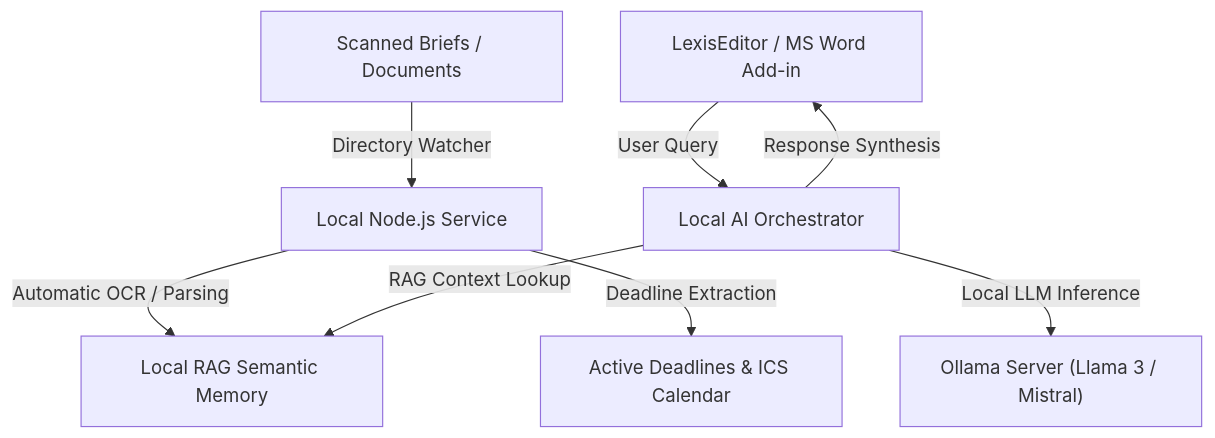
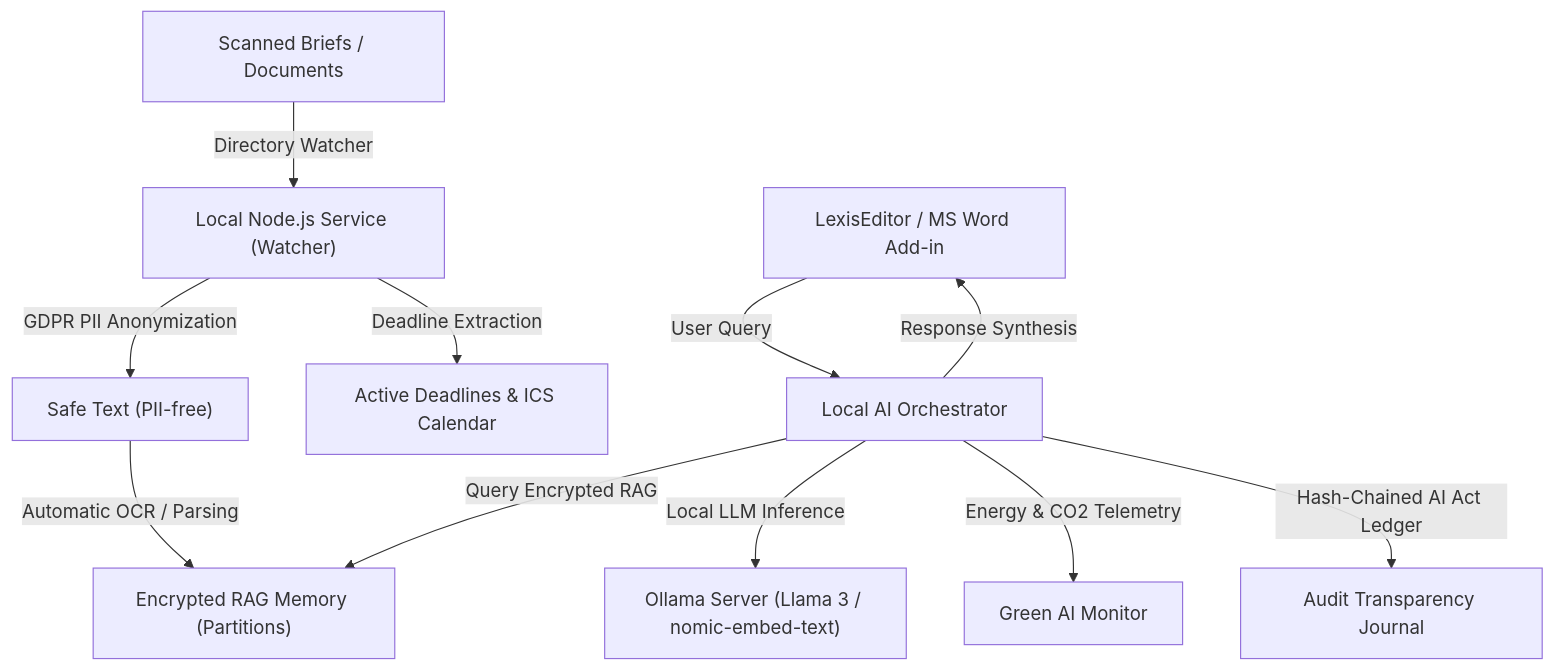
One commit to Zdenekdi/LexisLocal changed the second of 2 diagrams in README.md. Above: the diagram before and after it, drawn with Mermaid. The commit also changed other lines of this file, not shown here.

Commit message:
docs: rewrite README.md with detailed architecture, secure storage, and compliance features

````diff
--- a/README.md
+++ b/README.md
@@ -99,10 +137,13 @@
 ```mermaid
 graph TD
-    A["Scanned Briefs / Documents"] -->|Directory Watcher| B["Local Node.js Service"]
-    B -->|Automatic OCR / Parsing| C["Local RAG Semantic Memory"]
-    B -->|Deadline Extraction| D["Active Deadlines & ICS Calendar"]
-    E["LexisEditor / MS Word Add-in"] -->|User Query| F["Local AI Orchestrator"]
-    F -->|RAG Context Lookup| C
-    F -->|Local LLM Inference| G["Ollama Server (Llama 3 / Mistral)"]
-    F -->|Response Synthesis| E
+    A["Scanned Briefs / Documents"] -->|Directory Watcher| B["Local Node.js Service (Watcher)"]
+    B -->|GDPR PII Anonymization| C["Safe Text (PII-free)"]
+    C -->|Automatic OCR / Parsing| D["Encrypted RAG Memory (Partitions)"]
+    B -->|Deadline Extraction| E["Active Deadlines & ICS Calendar"]
+    F["LexisEditor / MS Word Add-in"] -->|User Query| G["Local AI Orchestrator"]
+    G -->|Query Encrypted RAG| D
+    G -->|Local LLM Inference| H["Ollama Server (Llama 3 / nomic-embed-text)"]
+    G -->|Energy & CO2 Telemetry| I["Green AI Monitor"]
+    G -->|Hash-Chained AI Act Ledger| J["Audit Transparency Journal"]
+    G -->|Response Synthesis| F
 ```
````
